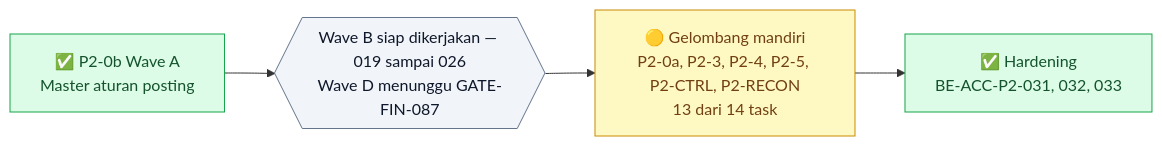
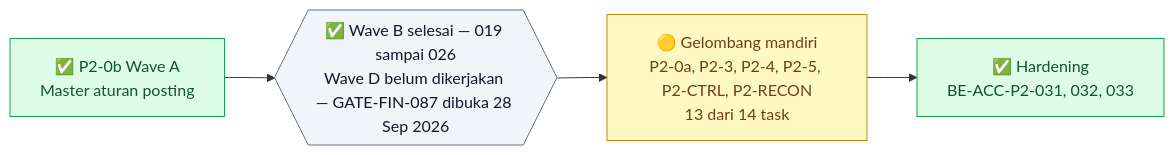
One commit to DevBenari/NewQuilvianSystemBackend changed the first of 4 diagrams in docs/module-blueprints/accounting/roadmap/backend-roadmap-phase2.md. Above: the diagram before and after it, drawn with Mermaid. The commit also changed other lines of this file and 5 other files, not shown here.

````diff
--- a/docs/module-blueprints/accounting/roadmap/backend-roadmap-phase2.md
+++ b/docs/module-blueprints/accounting/roadmap/backend-roadmap-phase2.md
@@ -43,17 +43,17 @@
 ```mermaid
 flowchart LR
     classDef selesai fill:#DCFCE7,stroke:#16A34A,color:#14532D
     classDef sebagian fill:#FEF9C3,stroke:#CA8A04,color:#713F12
     classDef terblokir fill:#FEE2E2,stroke:#DC2626,color:#7F1D1D
     classDef belum fill:#F1F5F9,stroke:#64748B,color:#0F172A
     classDef luar fill:#EDE9FE,stroke:#7C3AED,color:#3B0764
 
     SMANDIRI["🟡 Gelombang mandiri<br/>P2-0a, P2-3, P2-4, P2-5, P2-CTRL, P2-RECON<br/>13 dari 14 task"]:::sebagian
     SHARD["✅ Hardening<br/>BE-ACC-P2-031, 032, 033"]:::selesai
     SP20B["✅ P2-0b Wave A<br/>Master aturan posting"]:::selesai
-    GP21{{"Wave B siap dikerjakan — 019 sampai 026<br/>Wave D menunggu GATE-FIN-087"}}:::belum
+    GP21{{"✅ Wave B selesai — 019 sampai 026<br/>Wave D belum dikerjakan — GATE-FIN-087 dibuka 28 Sep 2026"}}:::belum
 
     SMANDIRI --> SHARD
     SP20B --> GP21
     GP21 --> SMANDIRI
 ```
````
